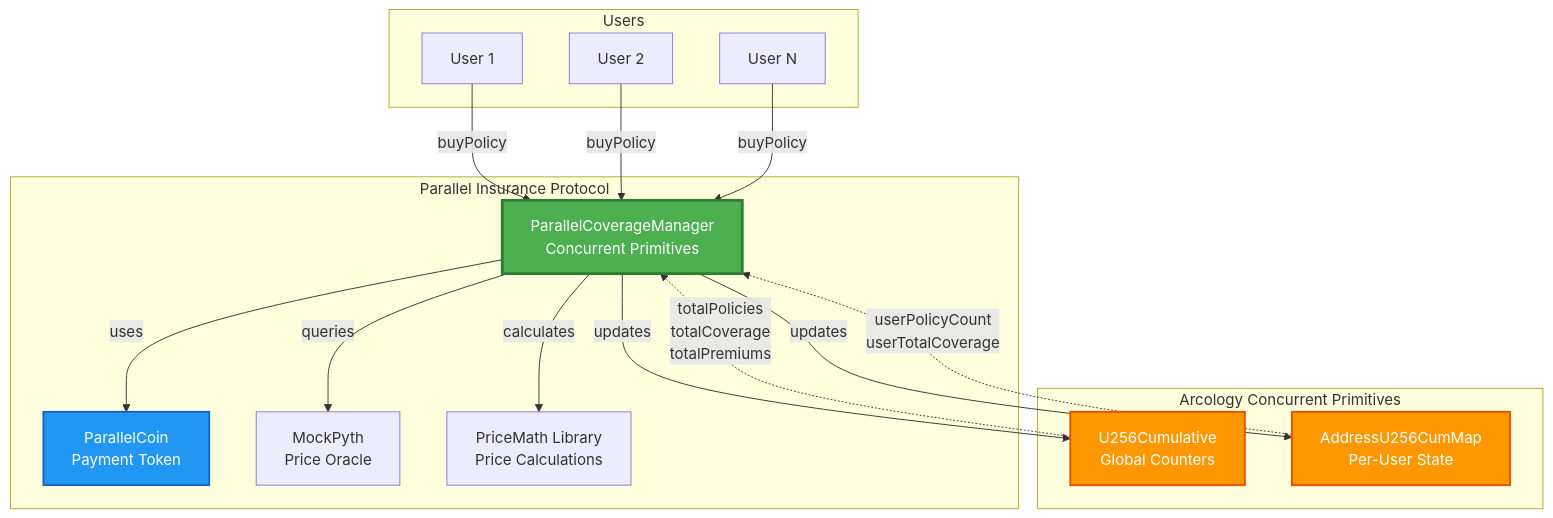
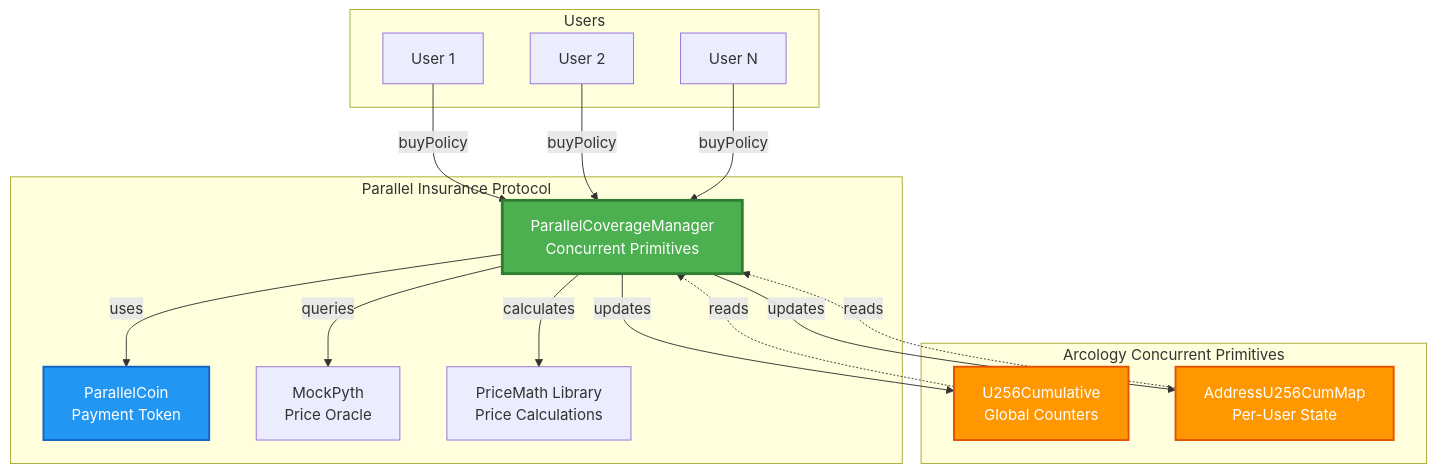
The fourth of 8 diagrams in README.md (FrankiePower/parallel-insurance-protocol), drawn with Mermaid before and after one commit. The commit also changed other lines of this file, not shown here.

````diff
--- a/README.md
+++ b/README.md
@@ -115,38 +106,38 @@
 ```mermaid
-graph TB
-    subgraph "Users"
+flowchart TB
+    subgraph Users["Users"]
         U1[User 1]
         U2[User 2]
         U3[User N]
     end
 
-    subgraph "Parallel Insurance Protocol"
-        PCM[ParallelCoverageManager<br/>Concurrent Primitives]
-        PC[ParallelCoin<br/>Payment Token]
-        MP[MockPyth<br/>Price Oracle]
-        PM[PriceMath Library<br/>Price Calculations]
+    subgraph Protocol["Parallel Insurance Protocol"]
+        PCM["ParallelCoverageManager<br/>Concurrent Primitives"]
+        PC["ParallelCoin<br/>Payment Token"]
+        MP["MockPyth<br/>Price Oracle"]
+        PM["PriceMath Library<br/>Price Calculations"]
     end
 
-    subgraph "Arcology Concurrent Primitives"
-        U256[U256Cumulative<br/>Global Counters]
-        AUCM[AddressU256CumMap<br/>Per-User State]
+    subgraph Primitives["Arcology Concurrent Primitives"]
+        U256["U256Cumulative<br/>Global Counters"]
+        AUCM["AddressU256CumMap<br/>Per-User State"]
     end
 
     U1 -->|buyPolicy| PCM
     U2 -->|buyPolicy| PCM
     U3 -->|buyPolicy| PCM
 
     PCM -->|uses| PC
     PCM -->|queries| MP
     PCM -->|calculates| PM
     PCM -->|updates| U256
     PCM -->|updates| AUCM
 
-    U256 -.->|totalPolicies<br/>totalCoverage<br/>totalPremiums| PCM
-    AUCM -.->|userPolicyCount<br/>userTotalCoverage| PCM
+    U256 -.->|reads| PCM
+    AUCM -.->|reads| PCM
 
     style PCM fill:#4CAF50,stroke:#2E7D32,stroke-width:3px,color:#fff
     style PC fill:#2196F3,stroke:#1565C0,stroke-width:2px,color:#fff
     style U256 fill:#FF9800,stroke:#E65100,stroke-width:2px,color:#fff
     style AUCM fill:#FF9800,stroke:#E65100,stroke-width:2px,color:#fff
 ```
````
